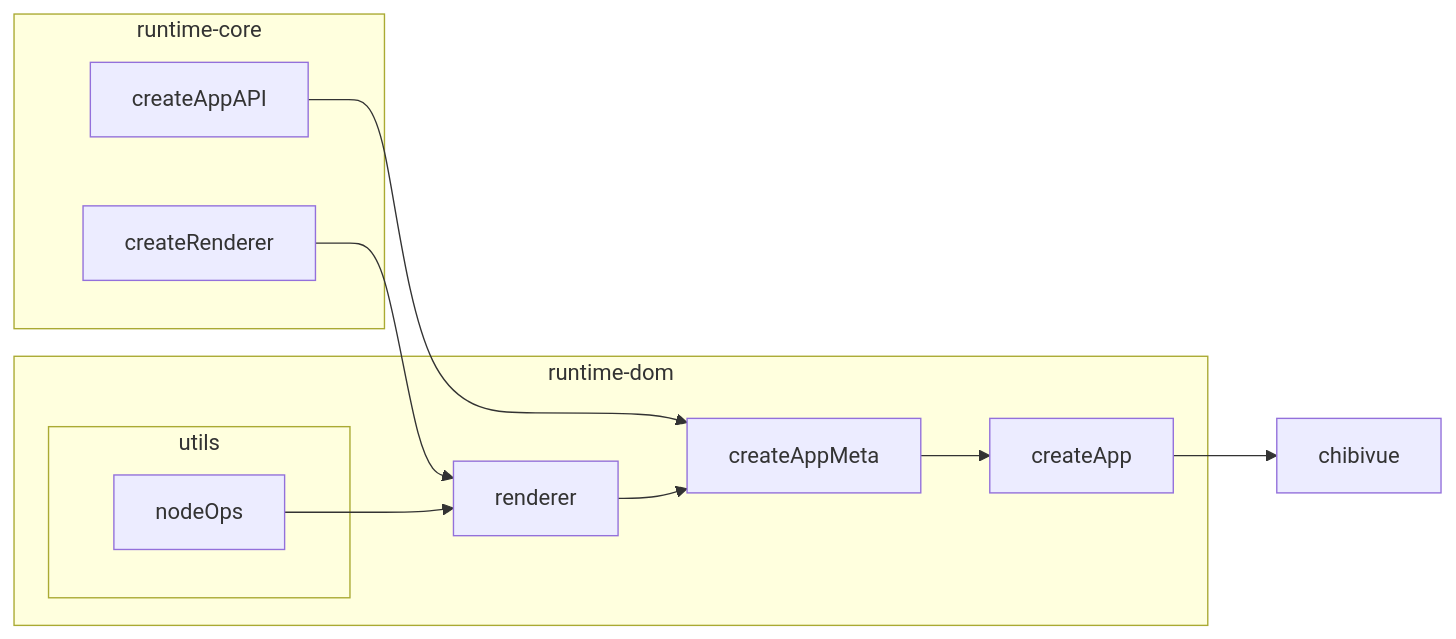
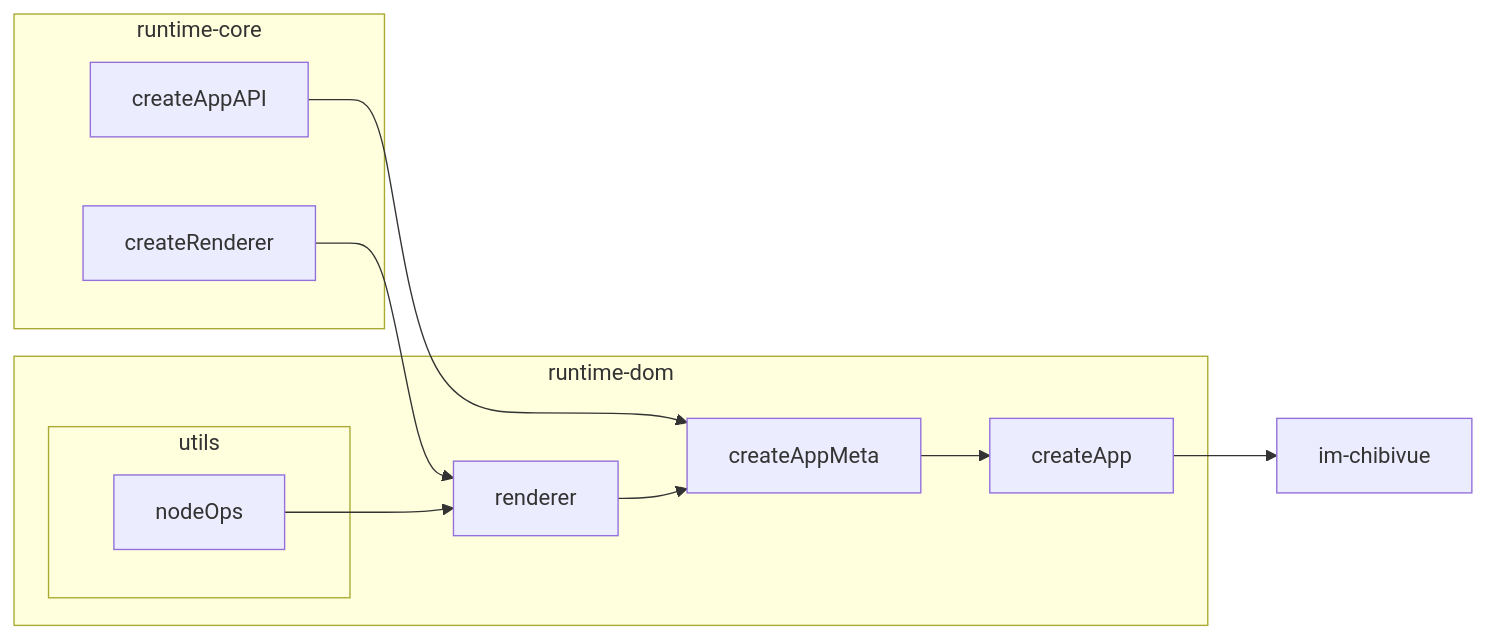
The diagram in SPEC/day1.md (Gehbt/im-chibivue), drawn with Mermaid before and after one commit. The commit also changed 144 other files, not shown here.

````diff
--- a/SPEC/day1.md
+++ b/SPEC/day1.md
@@ -8,26 +8,26 @@
 ```mermaid
   flowchart LR
-    vue["chibivue"]
+    vue["im-chibivue"]
     createAppFactory["createAppAPI"]
     rendererFactory["createRenderer"]
     nodeOperations["nodeOps"]
 
     subgraph runtime-core
       createAppFactory
       rendererFactory
     end
 
     subgraph runtime-dom
       subgraph utils
         nodeOperations
       end
       nodeOperations --> renderer
       createAppFactory --> createAppMeta
       rendererFactory --> renderer
       renderer --> createAppMeta
       createAppMeta --> createApp
     end
 
     createApp --> vue
 
 ```
````
